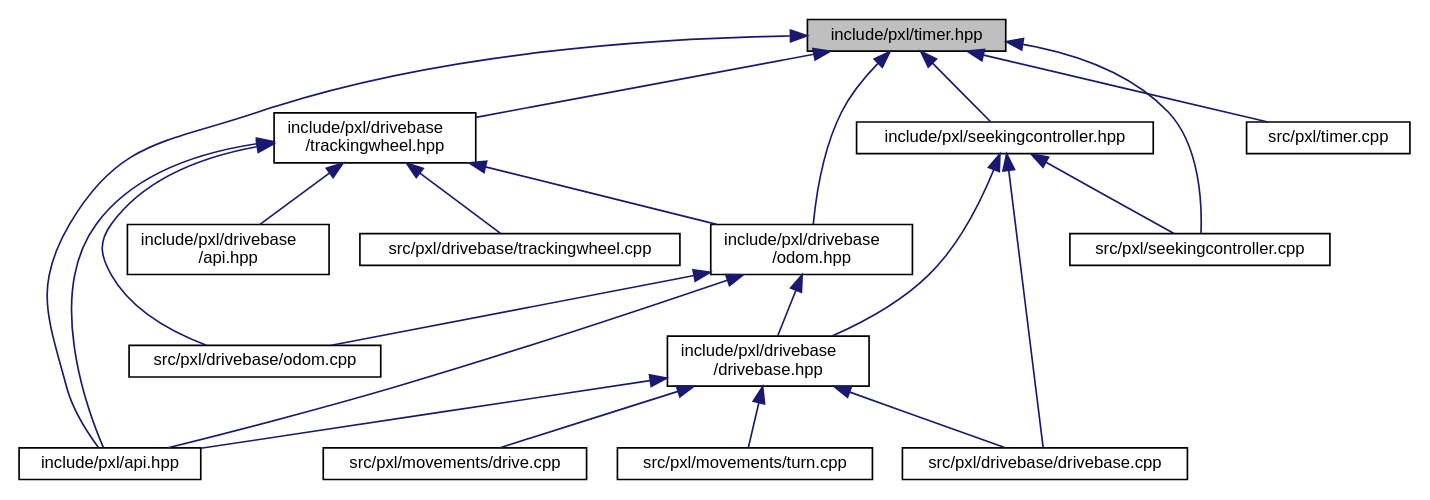
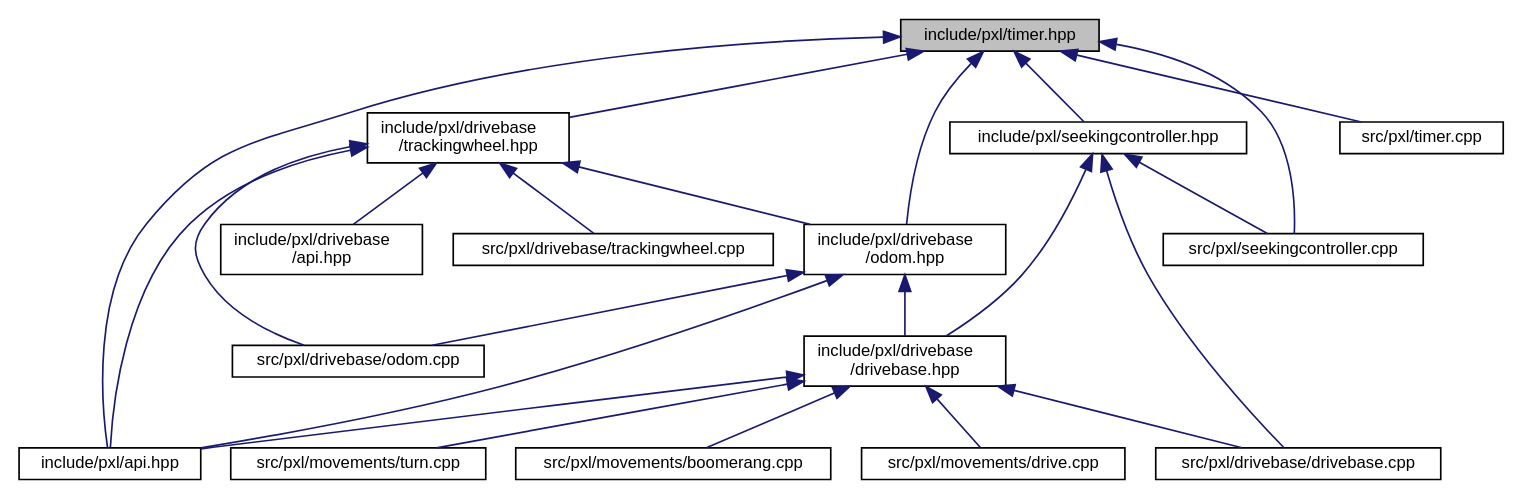
The diagram in timer_8hpp__dep__incl.dot (Pixel-Lib/Pixel), drawn with Graphviz before and after one commit. The commit also changed 250 other files, not shown here.

```diff
--- a/timer_8hpp__dep__incl.dot
+++ b/timer_8hpp__dep__incl.dot
@@ -1,41 +1,43 @@
 digraph "include/pxl/timer.hpp"
 {
  // LATEX_PDF_SIZE
   edge [fontname="Helvetica",fontsize="10",labelfontname="Helvetica",labelfontsize="10"];
   node [fontname="Helvetica",fontsize="10",shape=record];
   Node1 [label="include/pxl/timer.hpp",height=0.2,width=0.4,color="black", fillcolor="grey75", style="filled", fontcolor="black",tooltip=" "];
   Node1 -> Node2 [dir="back",color="midnightblue",fontsize="10",style="solid",fontname="Helvetica"];
   Node2 [label="include/pxl/api.hpp",height=0.2,width=0.4,color="black", fillcolor="white", style="filled",URL="$api_8hpp.html",tooltip=" "];
   Node1 -> Node3 [dir="back",color="midnightblue",fontsize="10",style="solid",fontname="Helvetica"];
   Node3 [label="include/pxl/drivebase\l/odom.hpp",height=0.2,width=0.4,color="black", fillcolor="white", style="filled",URL="$odom_8hpp.html",tooltip=" "];
   Node3 -> Node2 [dir="back",color="midnightblue",fontsize="10",style="solid",fontname="Helvetica"];
   Node3 -> Node4 [dir="back",color="midnightblue",fontsize="10",style="solid",fontname="Helvetica"];
   Node4 [label="include/pxl/drivebase\l/drivebase.hpp",height=0.2,width=0.4,color="black", fillcolor="white", style="filled",URL="$drivebase_8hpp.html",tooltip=" "];
   Node4 -> Node2 [dir="back",color="midnightblue",fontsize="10",style="solid",fontname="Helvetica"];
   Node4 -> Node5 [dir="back",color="midnightblue",fontsize="10",style="solid",fontname="Helvetica"];
   Node5 [label="src/pxl/drivebase/drivebase.cpp",height=0.2,width=0.4,color="black", fillcolor="white", style="filled",URL="$drivebase_8cpp.html",tooltip=" "];
   Node4 -> Node6 [dir="back",color="midnightblue",fontsize="10",style="solid",fontname="Helvetica"];
-  Node6 [label="src/pxl/movements/drive.cpp",height=0.2,width=0.4,color="black", fillcolor="white", style="filled",URL="$drive_8cpp.html",tooltip=" "];
+  Node6 [label="src/pxl/movements/boomerang.cpp",height=0.2,width=0.4,color="black", fillcolor="white", style="filled",URL="$boomerang_8cpp.html",tooltip=" "];
   Node4 -> Node7 [dir="back",color="midnightblue",fontsize="10",style="solid",fontname="Helvetica"];
-  Node7 [label="src/pxl/movements/turn.cpp",height=0.2,width=0.4,color="black", fillcolor="white", style="filled",URL="$turn_8cpp.html",tooltip=" "];
-  Node3 -> Node8 [dir="back",color="midnightblue",fontsize="10",style="solid",fontname="Helvetica"];
-  Node8 [label="src/pxl/drivebase/odom.cpp",height=0.2,width=0.4,color="black", fillcolor="white", style="filled",URL="$odom_8cpp.html",tooltip=" "];
-  Node1 -> Node9 [dir="back",color="midnightblue",fontsize="10",style="solid",fontname="Helvetica"];
-  Node9 [label="include/pxl/drivebase\l/trackingwheel.hpp",height=0.2,width=0.4,color="black", fillcolor="white", style="filled",URL="$trackingwheel_8hpp.html",tooltip=" "];
-  Node9 -> Node2 [dir="back",color="midnightblue",fontsize="10",style="solid",fontname="Helvetica"];
-  Node9 -> Node10 [dir="back",color="midnightblue",fontsize="10",style="solid",fontname="Helvetica"];
-  Node10 [label="include/pxl/drivebase\l/api.hpp",height=0.2,width=0.4,color="black", fillcolor="white", style="filled",URL="$drivebase_2api_8hpp.html",tooltip=" "];
-  Node9 -> Node3 [dir="back",color="midnightblue",fontsize="10",style="solid",fontname="Helvetica"];
-  Node9 -> Node8 [dir="back",color="midnightblue",fontsize="10",style="solid",fontname="Helvetica"];
-  Node9 -> Node11 [dir="back",color="midnightblue",fontsize="10",style="solid",fontname="Helvetica"];
-  Node11 [label="src/pxl/drivebase/trackingwheel.cpp",height=0.2,width=0.4,color="black", fillcolor="white", style="filled",URL="$trackingwheel_8cpp.html",tooltip=" "];
-  Node1 -> Node12 [dir="back",color="midnightblue",fontsize="10",style="solid",fontname="Helvetica"];
-  Node12 [label="include/pxl/seekingcontroller.hpp",height=0.2,width=0.4,color="black", fillcolor="white", style="filled",URL="$seekingcontroller_8hpp.html",tooltip=" "];
-  Node12 -> Node4 [dir="back",color="midnightblue",fontsize="10",style="solid",fontname="Helvetica"];
-  Node12 -> Node5 [dir="back",color="midnightblue",fontsize="10",style="solid",fontname="Helvetica"];
-  Node12 -> Node13 [dir="back",color="midnightblue",fontsize="10",style="solid",fontname="Helvetica"];
-  Node13 [label="src/pxl/seekingcontroller.cpp",height=0.2,width=0.4,color="black", fillcolor="white", style="filled",URL="$seekingcontroller_8cpp.html",tooltip=" "];
+  Node7 [label="src/pxl/movements/drive.cpp",height=0.2,width=0.4,color="black", fillcolor="white", style="filled",URL="$drive_8cpp.html",tooltip=" "];
+  Node4 -> Node8 [dir="back",color="midnightblue",fontsize="10",style="solid",fontname="Helvetica"];
+  Node8 [label="src/pxl/movements/turn.cpp",height=0.2,width=0.4,color="black", fillcolor="white", style="filled",URL="$turn_8cpp.html",tooltip=" "];
+  Node3 -> Node9 [dir="back",color="midnightblue",fontsize="10",style="solid",fontname="Helvetica"];
+  Node9 [label="src/pxl/drivebase/odom.cpp",height=0.2,width=0.4,color="black", fillcolor="white", style="filled",URL="$odom_8cpp.html",tooltip=" "];
+  Node1 -> Node10 [dir="back",color="midnightblue",fontsize="10",style="solid",fontname="Helvetica"];
+  Node10 [label="include/pxl/drivebase\l/trackingwheel.hpp",height=0.2,width=0.4,color="black", fillcolor="white", style="filled",URL="$trackingwheel_8hpp.html",tooltip=" "];
+  Node10 -> Node2 [dir="back",color="midnightblue",fontsize="10",style="solid",fontname="Helvetica"];
+  Node10 -> Node11 [dir="back",color="midnightblue",fontsize="10",style="solid",fontname="Helvetica"];
+  Node11 [label="include/pxl/drivebase\l/api.hpp",height=0.2,width=0.4,color="black", fillcolor="white", style="filled",URL="$drivebase_2api_8hpp.html",tooltip=" "];
+  Node10 -> Node3 [dir="back",color="midnightblue",fontsize="10",style="solid",fontname="Helvetica"];
+  Node10 -> Node9 [dir="back",color="midnightblue",fontsize="10",style="solid",fontname="Helvetica"];
+  Node10 -> Node12 [dir="back",color="midnightblue",fontsize="10",style="solid",fontname="Helvetica"];
+  Node12 [label="src/pxl/drivebase/trackingwheel.cpp",height=0.2,width=0.4,color="black", fillcolor="white", style="filled",URL="$trackingwheel_8cpp.html",tooltip=" "];
   Node1 -> Node13 [dir="back",color="midnightblue",fontsize="10",style="solid",fontname="Helvetica"];
+  Node13 [label="include/pxl/seekingcontroller.hpp",height=0.2,width=0.4,color="black", fillcolor="white", style="filled",URL="$seekingcontroller_8hpp.html",tooltip=" "];
+  Node13 -> Node4 [dir="back",color="midnightblue",fontsize="10",style="solid",fontname="Helvetica"];
+  Node13 -> Node5 [dir="back",color="midnightblue",fontsize="10",style="solid",fontname="Helvetica"];
+  Node13 -> Node14 [dir="back",color="midnightblue",fontsize="10",style="solid",fontname="Helvetica"];
+  Node14 [label="src/pxl/seekingcontroller.cpp",height=0.2,width=0.4,color="black", fillcolor="white", style="filled",URL="$seekingcontroller_8cpp.html",tooltip=" "];
   Node1 -> Node14 [dir="back",color="midnightblue",fontsize="10",style="solid",fontname="Helvetica"];
-  Node14 [label="src/pxl/timer.cpp",height=0.2,width=0.4,color="black", fillcolor="white", style="filled",URL="$timer_8cpp.html",tooltip=" "];
+  Node1 -> Node15 [dir="back",color="midnightblue",fontsize="10",style="solid",fontname="Helvetica"];
+  Node15 [label="src/pxl/timer.cpp",height=0.2,width=0.4,color="black", fillcolor="white", style="filled",URL="$timer_8cpp.html",tooltip=" "];
 }
```
